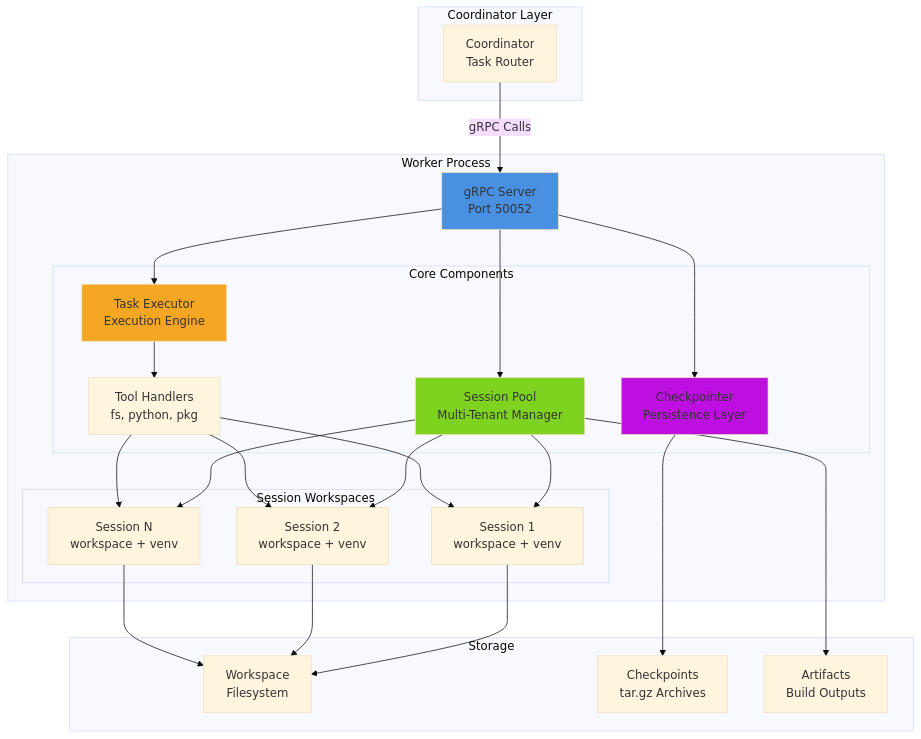
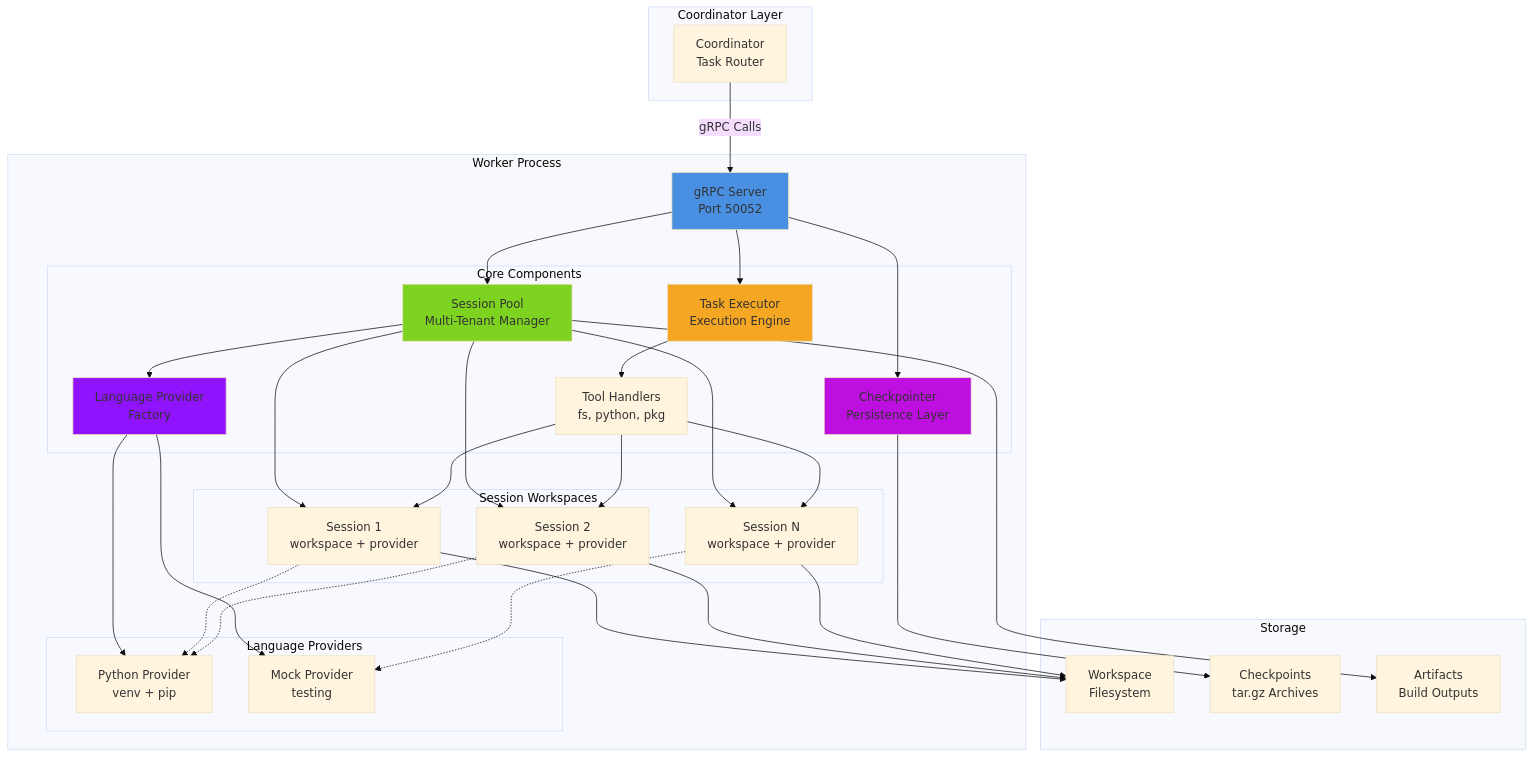
Before and after one commit to AltairaLabs/CodeGen-MCP: the first of 6 diagrams in docs/worker/README.md, drawn with Mermaid (base theme). The commit also changed other lines of this file and 20 other files, not shown here.

First line of the commit message:
feat: Implement Python language provider with virtual environment support

````diff
--- a/docs/worker/README.md
+++ b/docs/worker/README.md
@@ -23,55 +23,70 @@
 ```mermaid
 graph TB
     subgraph "Coordinator Layer"
         COORD[Coordinator<br/>Task Router]
     end
     
     subgraph "Worker Process"
         GRPC[gRPC Server<br/>Port 50052]
         
         subgraph "Core Components"
             SESSION[Session Pool<br/>Multi-Tenant Manager]
             EXECUTOR[Task Executor<br/>Execution Engine]
             CHECKPOINT[Checkpointer<br/>Persistence Layer]
             TOOLS[Tool Handlers<br/>fs, python, pkg]
+            PROVIDER_FACTORY[Language Provider<br/>Factory]
         end
         
         subgraph "Session Workspaces"
-            S1[Session 1<br/>workspace + venv]
-            S2[Session 2<br/>workspace + venv]
-            SN[Session N<br/>workspace + venv]
+            S1[Session 1<br/>workspace + provider]
+            S2[Session 2<br/>workspace + provider]
+            SN[Session N<br/>workspace + provider]
+        end
+        
+        subgraph "Language Providers"
+            PYTHON[Python Provider<br/>venv + pip]
+            MOCK[Mock Provider<br/>testing]
         end
     end
     
     subgraph "Storage"
         WS[Workspace<br/>Filesystem]
         CP[Checkpoints<br/>tar.gz Archives]
         ARTIFACTS[Artifacts<br/>Build Outputs]
     end
     
     COORD -->|gRPC Calls| GRPC
     GRPC --> SESSION
     GRPC --> EXECUTOR
     GRPC --> CHECKPOINT
     
+    SESSION --> PROVIDER_FACTORY
+    PROVIDER_FACTORY --> PYTHON
+    PROVIDER_FACTORY --> MOCK
+    
     SESSION --> S1
     SESSION --> S2
     SESSION --> SN
+    
+    S1 -.-> PYTHON
+    S2 -.-> PYTHON
+    SN -.-> MOCK
     
     EXECUTOR --> TOOLS
     TOOLS --> S1
     TOOLS --> S2
     TOOLS --> SN
     
     S1 --> WS
     S2 --> WS
     SN --> WS
     
     CHECKPOINT --> CP
     SESSION --> ARTIFACTS
     
     style GRPC fill:#4A90E2
     style SESSION fill:#7ED321
     style EXECUTOR fill:#F5A623
     style CHECKPOINT fill:#BD10E0
+    style PROVIDER_FACTORY fill:#9013FE
 ```
````
